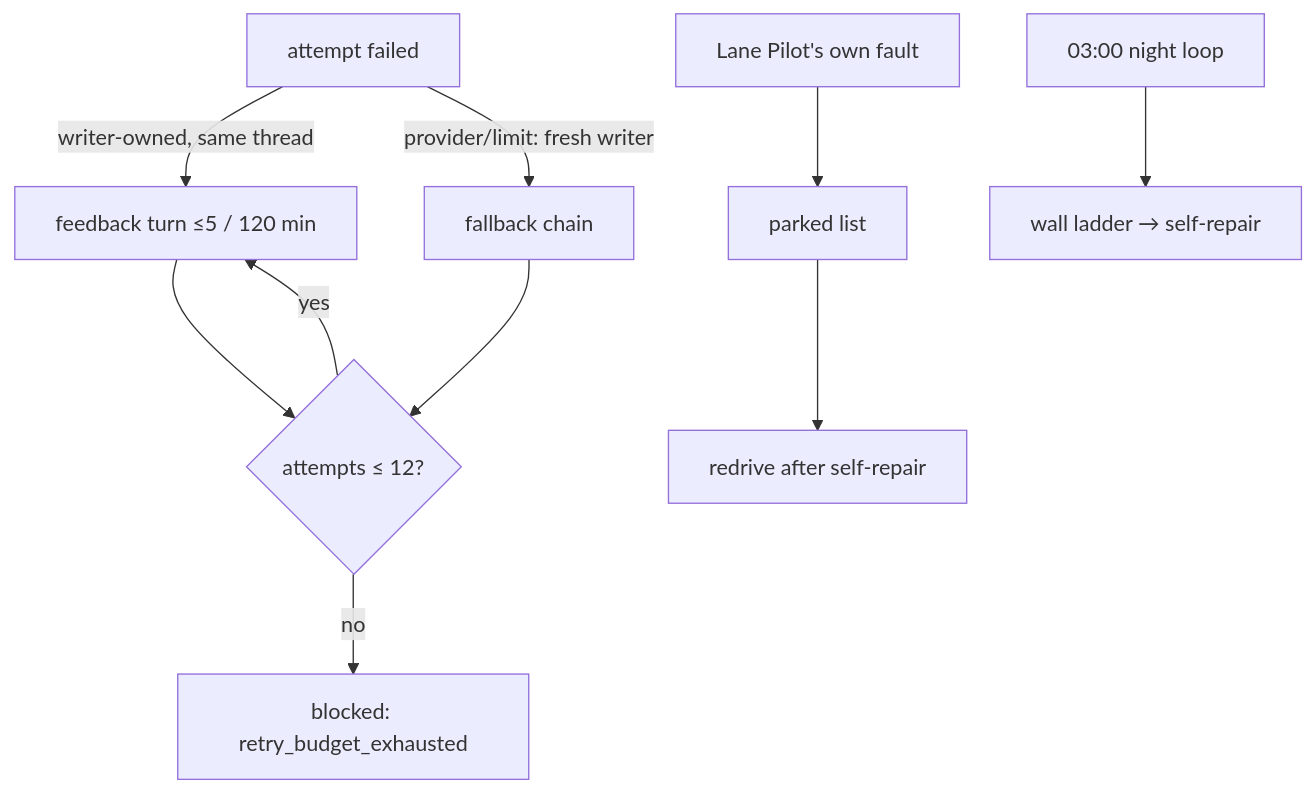
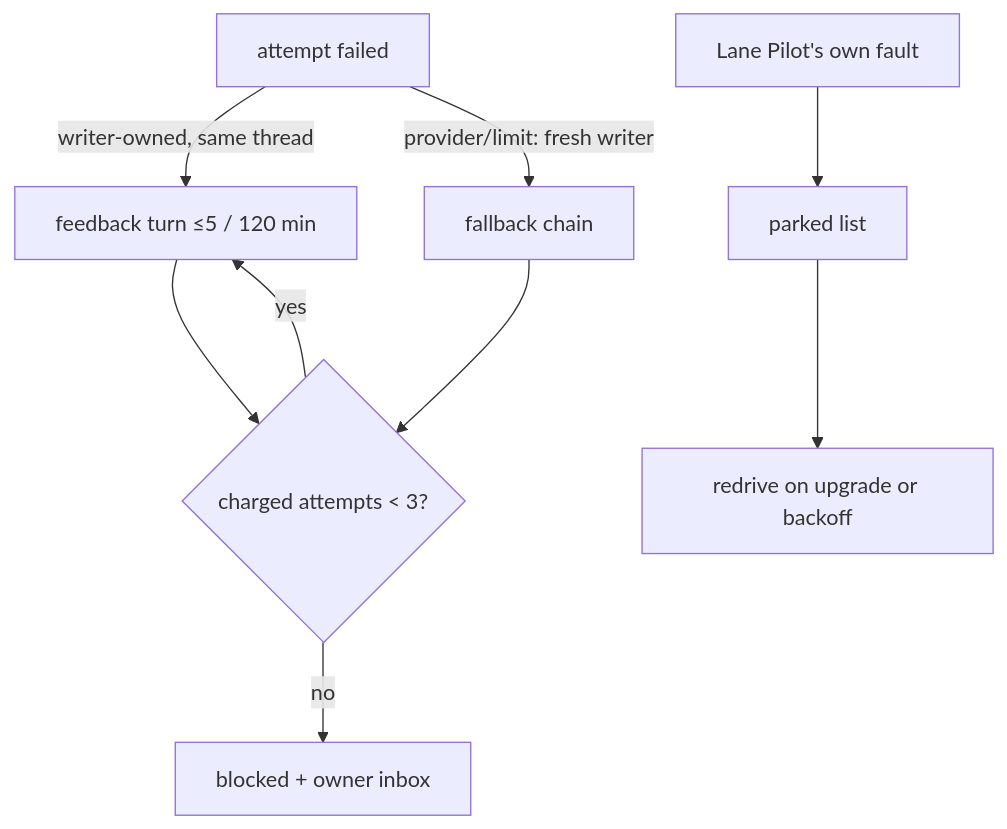
Before and after one commit to VKirill/bb-plugin-lane-pilot: the second of 2 diagrams in docs/flows/task-pipeline.md, drawn with Mermaid. The commit also changed other lines of this file and 4392 other files, not shown here.

First line of the commit message:
feat: pause, prune, one scheduler, one architecture (0.1.610)

````diff
--- a/docs/flows/task-pipeline.md
+++ b/docs/flows/task-pipeline.md
@@ -64,12 +67,11 @@
 ```mermaid
 flowchart TD
     FAIL[attempt failed] -->|writer-owned, same thread| W[feedback turn ≤5 / 120 min]
     FAIL -->|provider/limit: fresh writer| FB[fallback chain]
-    W --> B{attempts ≤ 12?}
+    W --> B{charged attempts < 3?}
     FB --> B
     B -->|yes| W
-    B -->|no| BE[blocked: retry_budget_exhausted]
+    B -->|no| OI[blocked + owner inbox]
     LP[Lane Pilot's own fault] --> PARK[parked list]
-    PARK --> RD[redrive after self-repair]
-    NIGHT[03:00 night loop] --> WALL[wall ladder → self-repair]
+    PARK --> RD[redrive on upgrade or backoff]
 ```
````
